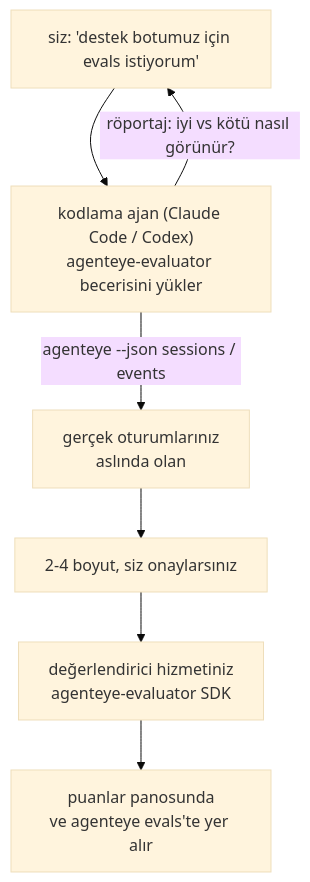
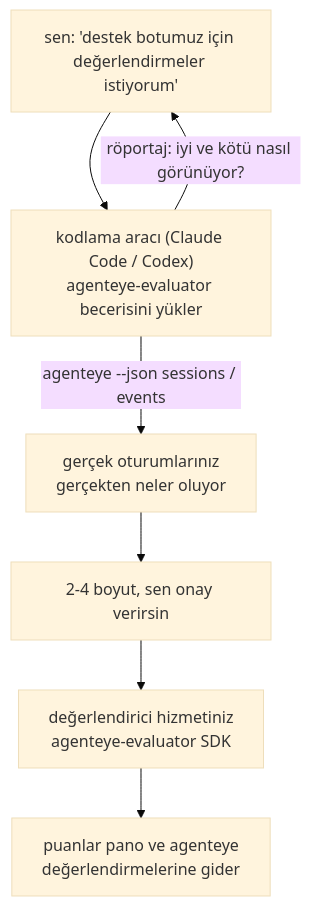
The diagram in docs/tr/agenteye/evaluator-skill.mdx (FailproofAI/failproofai), drawn with Mermaid (base theme) before and after one commit. The commit also changed other lines of this file and 651 other files, not shown here.

````diff
--- a/docs/tr/agenteye/evaluator-skill.mdx
+++ b/docs/tr/agenteye/evaluator-skill.mdx
@@ -22,9 +20,9 @@
 ```mermaid
 flowchart TD
-    YOU["siz: 'destek botumuz için evals istiyorum'"] --> AGENT["kodlama ajan (Claude Code / Codex)<br/>agenteye-evaluator becerisini yükler"]
-    AGENT -->|"röportaj: iyi vs kötü nasıl görünür?"| YOU
-    AGENT -->|"agenteye --json sessions / events"| DATA["gerçek oturumlarınız<br/>aslında olan"]
-    DATA --> DIMS["2-4 boyut, siz onaylarsınız"]
+    YOU["sen: 'destek botumuz için değerlendirmeler istiyorum'"] --> AGENT["kodlama aracı (Claude Code / Codex)<br/>agenteye-evaluator becerisini yükler"]
+    AGENT -->|"röportaj: iyi ve kötü nasıl görünüyor?"| YOU
+    AGENT -->|"agenteye --json sessions / events"| DATA["gerçek oturumlarınız<br/>gerçekten neler oluyor"]
+    DATA --> DIMS["2-4 boyut, sen onay verirsin"]
     DIMS --> SVC["değerlendirici hizmetiniz<br/>agenteye-evaluator SDK"]
-    SVC --> SCORES["puanlar panosunda<br/>ve agenteye evals'te yer alır"]
+    SVC --> SCORES["puanlar pano ve agenteye<br/>değerlendirmelerine gider"]
 ```
````
